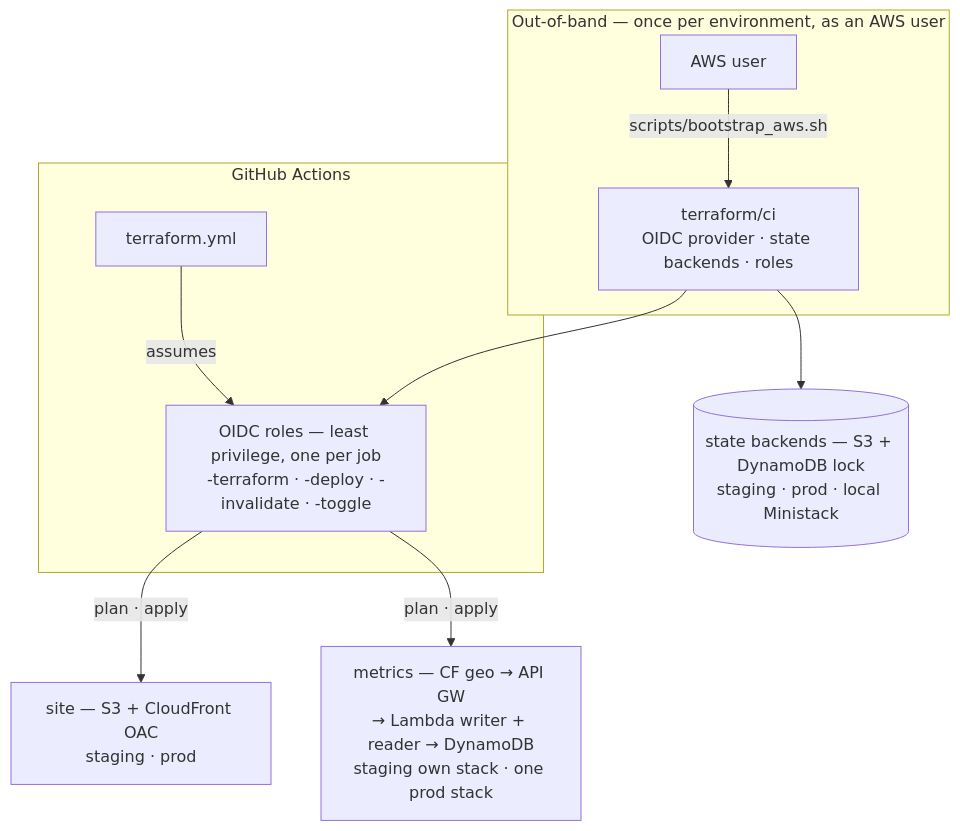
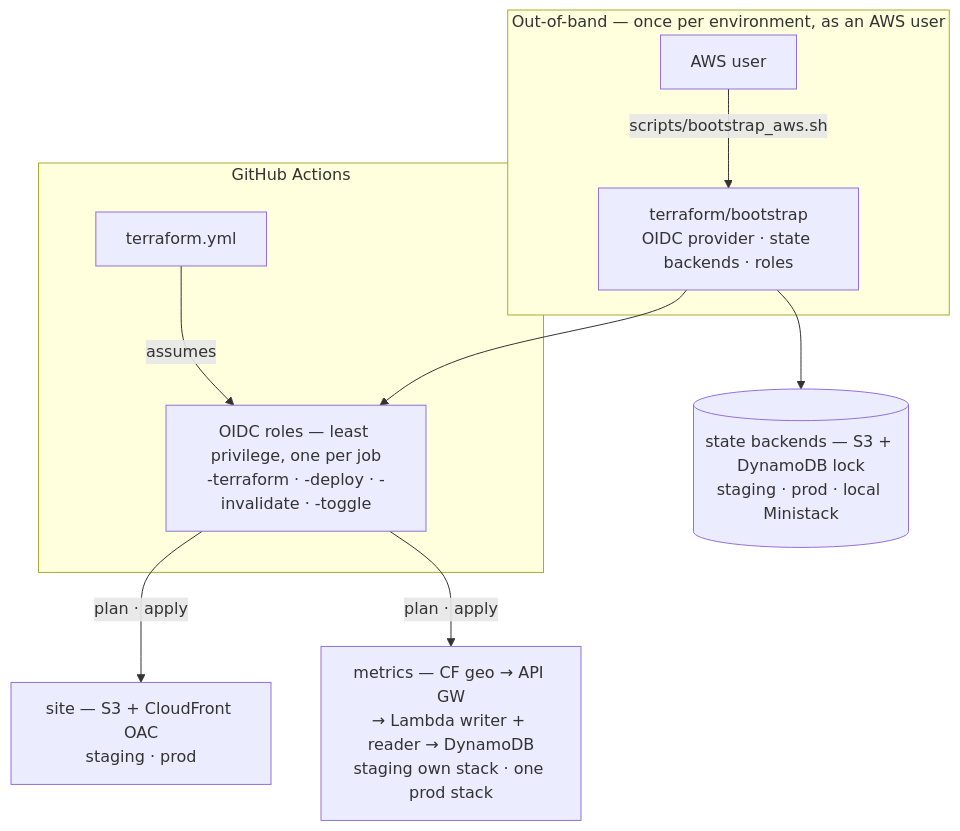
The diagram in terraform/README.md (mathewmusango/my-portfolio), drawn with Mermaid before and after one commit. The commit also changed other lines of this file and 35 other files, not shown here.

````diff
--- a/terraform/README.md
+++ b/terraform/README.md
@@ -11,13 +11,13 @@
 ```mermaid
 flowchart TB
     subgraph OOB[Out-of-band — once per environment, as an AWS user]
-        U[AWS user] -->|scripts/bootstrap_aws.sh| CI[terraform/ci<br/>OIDC provider · state backends · roles]
+        U[AWS user] -->|scripts/bootstrap_aws.sh| CI[terraform/bootstrap<br/>OIDC provider · state backends · roles]
     end
     CI --> STATE[(state backends — S3 + DynamoDB lock<br/>staging · prod · local Ministack)]
     CI --> ROLES[OIDC roles — least privilege, one per job<br/>-terraform · -deploy · -invalidate · -toggle]
     subgraph GHA[GitHub Actions]
         WF[terraform.yml] -->|assumes| ROLES
     end
     ROLES -->|plan · apply| SITE[site — S3 + CloudFront OAC<br/>staging · prod]
     ROLES -->|plan · apply| MET[metrics — CF geo → API GW<br/>→ Lambda writer + reader → DynamoDB<br/>staging own stack · one prod stack]
 ```
````
